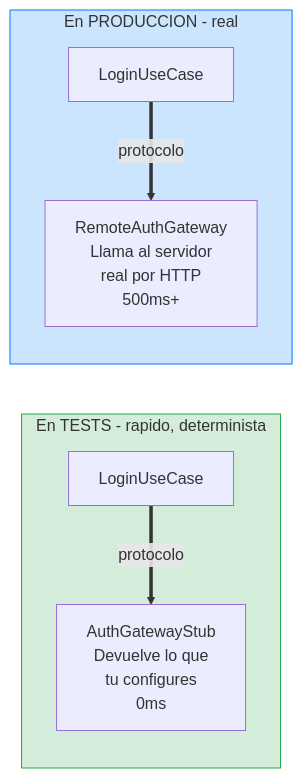
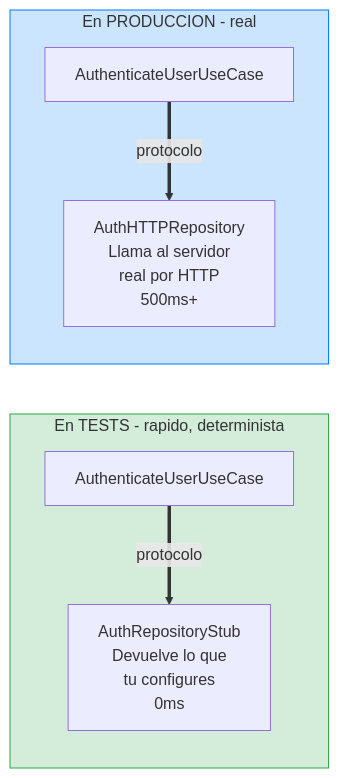
One commit to SwiftEnProfundidad/stack-my-architecture-ios changed the second of 4 diagrams in 01-fundamentos/05-feature-login/02-application.md. Above: the diagram before and after it, drawn with Mermaid. The commit also changed other lines of this file and 50 other files, not shown here.

````diff
--- a/01-fundamentos/05-feature-login/02-application.md
+++ b/01-fundamentos/05-feature-login/02-application.md
@@ -123,13 +123,13 @@
 ```mermaid
 graph LR
     subgraph Test["En TESTS - rapido, determinista"]
-        UC1["LoginUseCase"] ==>|"protocolo"| STUB["AuthGatewayStub<br/>Devuelve lo que<br/>tu configures<br/>0ms"]
+        UC1["AuthenticateUserUseCase"] ==>|"protocolo"| STUB["AuthRepositoryStub<br/>Devuelve lo que<br/>tu configures<br/>0ms"]
     end
 
     subgraph Prod["En PRODUCCION - real"]
-        UC2["LoginUseCase"] ==>|"protocolo"| REMOTE["RemoteAuthGateway<br/>Llama al servidor<br/>real por HTTP<br/>500ms+"]
+        UC2["AuthenticateUserUseCase"] ==>|"protocolo"| REMOTE["AuthHTTPRepository<br/>Llama al servidor<br/>real por HTTP<br/>500ms+"]
     end
 
     style Test fill:#d4edda,stroke:#28a745
     style Prod fill:#cce5ff,stroke:#007bff
 ```
````
